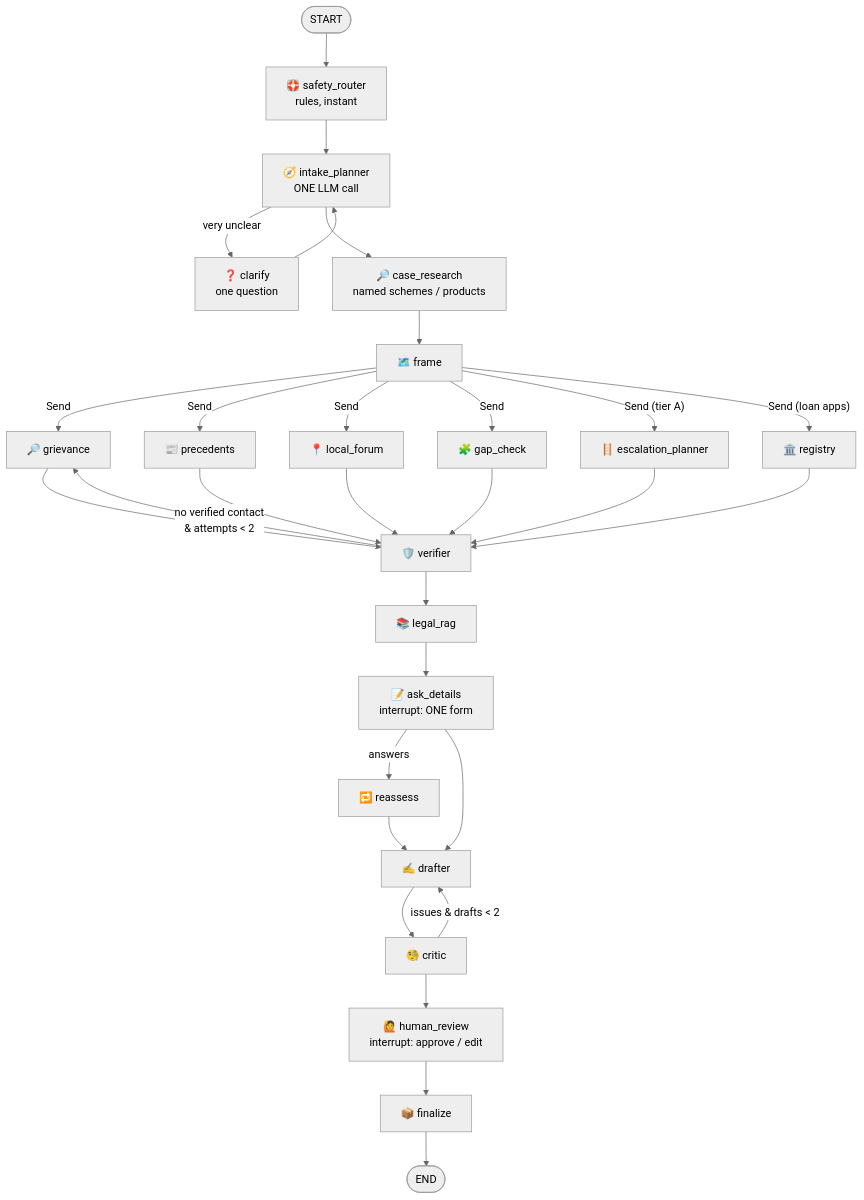
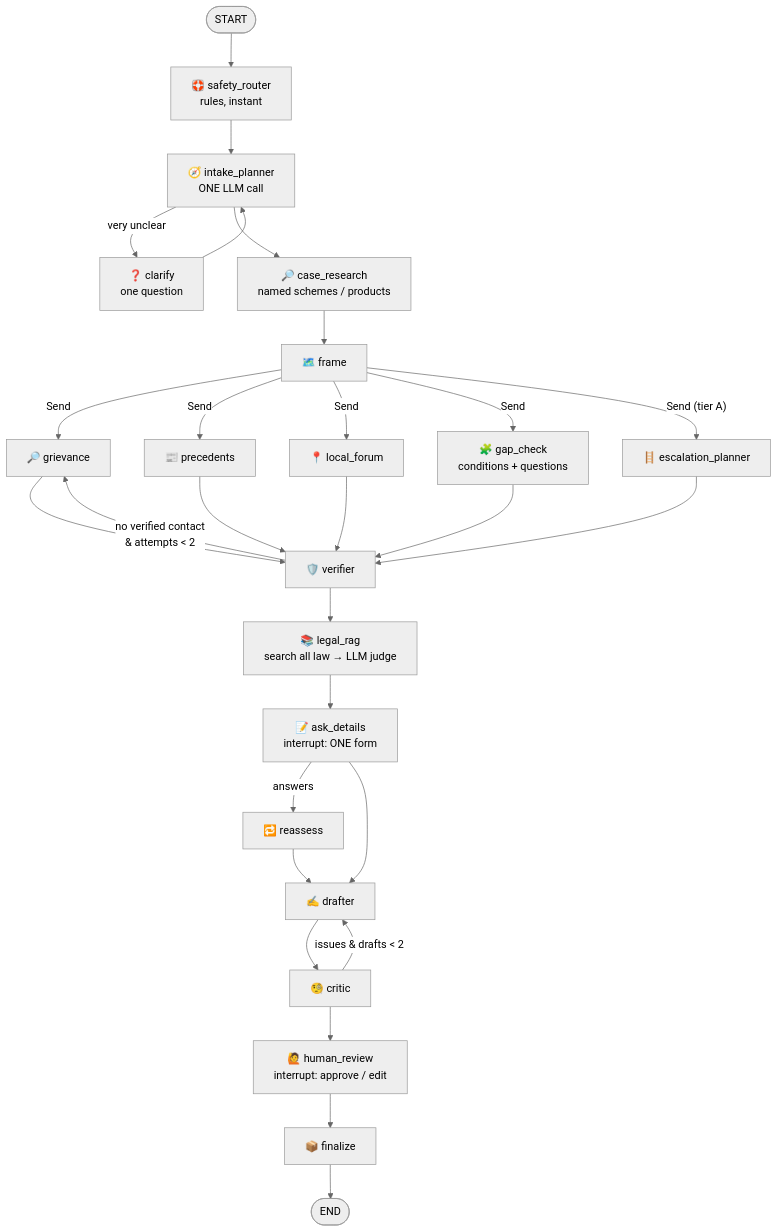
Before and after one commit to alokkv2502/shikayat_sathi: the second of 2 diagrams in README.md, drawn with Mermaid (neutral theme). The commit also changed other lines of this file and 34 other files, not shown here.

````diff
--- a/README.md
+++ b/README.md
@@ -51,24 +93,23 @@
 ```mermaid
 flowchart TD
   S([START]) --> SR[🛟 safety_router<br/>rules, instant]
   SR --> I[🧭 intake_planner<br/>ONE LLM call]
   I -- "very unclear" --> Q[❓ clarify<br/>one question] --> I
   I --> CR[🔎 case_research<br/>named schemes / products]
   CR --> FR[🗺️ frame]
   FR -- Send --> G[🔎 grievance]
   FR -- Send --> P[📰 precedents]
   FR -- Send --> L[📍 local_forum]
-  FR -- Send --> GC[🧩 gap_check]
+  FR -- Send --> GC[🧩 gap_check<br/>conditions + questions]
   FR -- "Send (tier A)" --> EP[🪜 escalation_planner]
-  FR -- "Send (loan apps)" --> R[🏛️ registry]
-  G & P & L & GC & EP & R --> V[🛡️ verifier]
+  G & P & L & GC & EP --> V[🛡️ verifier]
   V -- "no verified contact<br/>& attempts < 2" --> G
-  V --> RAG[📚 legal_rag]
+  V --> RAG[📚 legal_rag<br/>search all law → LLM judge]
   RAG --> AD[📝 ask_details<br/>interrupt: ONE form]
   AD -- answers --> RA[🔁 reassess] --> D
   AD --> D[✍️ drafter]
   D --> C[🧐 critic]
   C -- "issues & drafts < 2" --> D
   C --> H[🙋 human_review<br/>interrupt: approve / edit]
   H --> F[📦 finalize] --> E([END])
 ```
````
